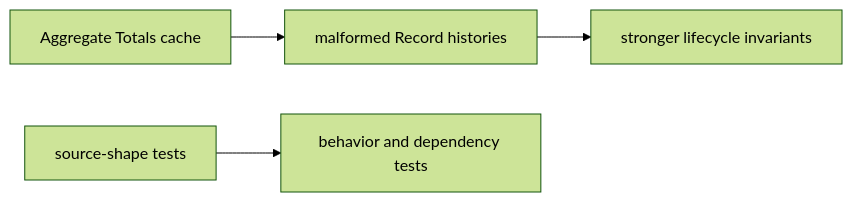
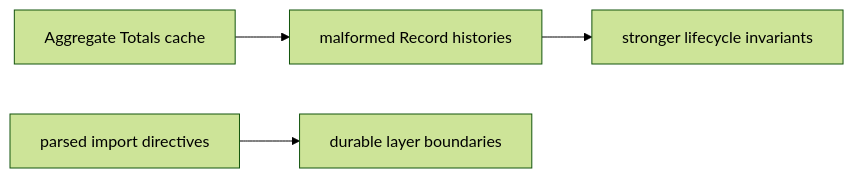
One commit to Guoyuer/eventTracker changed the sixth of 6 diagrams in docs/architecture/module-flow.md. Above: the diagram before and after it, drawn with Mermaid (forest theme). The commit also changed other lines of this file and 6 other files, not shown here.

Commit message:
Replace source-shape tests with architecture rules

````diff
--- a/docs/architecture/module-flow.md
+++ b/docs/architecture/module-flow.md
@@ -170,6 +170,6 @@
 ```mermaid
 flowchart LR
   AggregateCache["Aggregate Totals cache"] --> Malformed["malformed Record histories"]
   Malformed --> Invariants["stronger lifecycle invariants"]
-  SourceShape["source-shape tests"] --> Behavior["behavior and dependency tests"]
+  ParsedImports["parsed import directives"] --> Boundaries["durable layer boundaries"]
 ```
````
